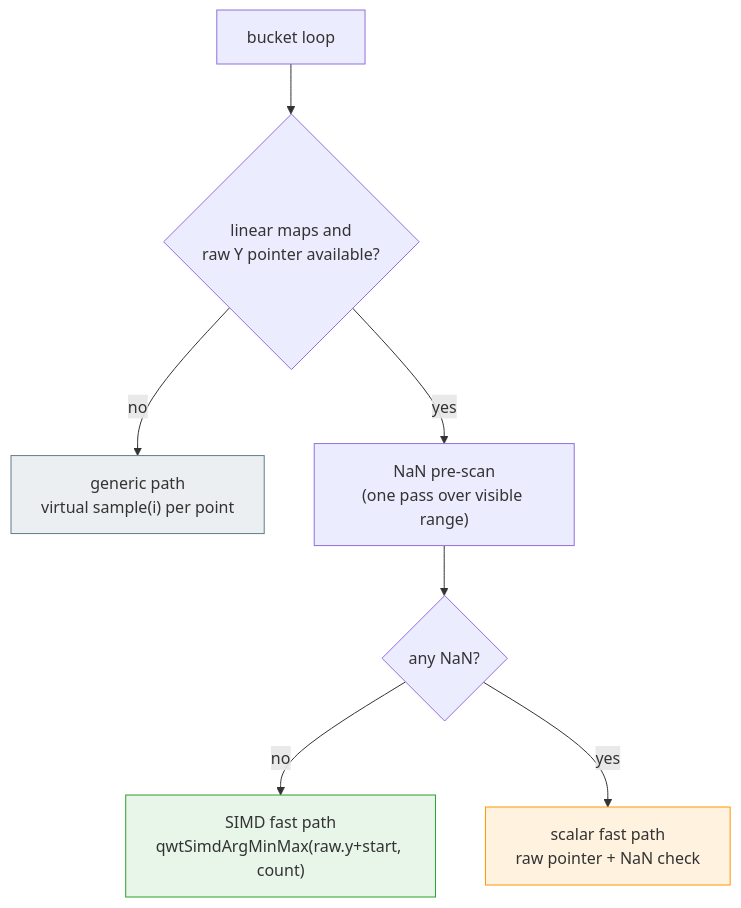
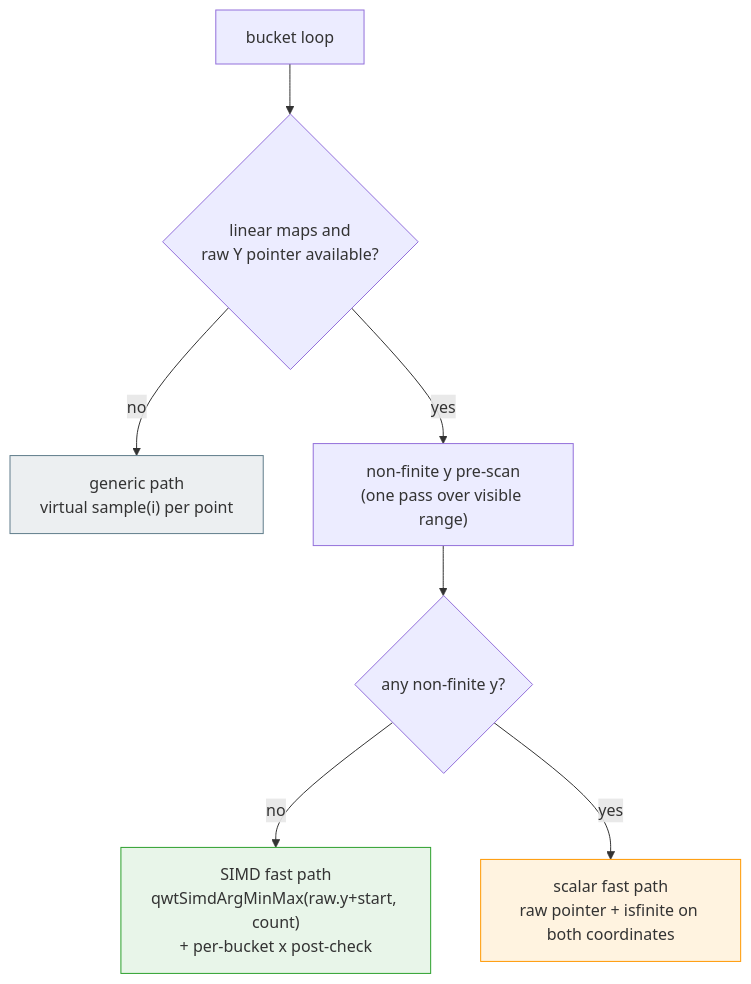
One commit to czyt1988/QWT changed the second of 3 diagrams in docs/tech-report/curve-downsampling.md. Above: the diagram before and after it, drawn with Mermaid. The commit also changed other lines of this file and 4 other files, not shown here.

````diff
--- a/docs/tech-report/curve-downsampling.md
+++ b/docs/tech-report/curve-downsampling.md
@@ -341,13 +341,13 @@
 ```mermaid
 flowchart TD
     A["bucket loop"] --> B{"linear maps and<br/>raw Y pointer available?"}
     B -->|"no"| C["generic path<br/>virtual sample(i) per point"]
-    B -->|"yes"| D["NaN pre-scan<br/>(one pass over visible range)"]
-    D --> E{"any NaN?"}
-    E -->|"no"| F["SIMD fast path<br/>qwtSimdArgMinMax(raw.y+start, count)"]
-    E -->|"yes"| G["scalar fast path<br/>raw pointer + NaN check"]
+    B -->|"yes"| D["non-finite y pre-scan<br/>(one pass over visible range)"]
+    D --> E{"any non-finite y?"}
+    E -->|"no"| F["SIMD fast path<br/>qwtSimdArgMinMax(raw.y+start, count)<br/>+ per-bucket x post-check"]
+    E -->|"yes"| G["scalar fast path<br/>raw pointer + isfinite on both coordinates"]
 
     style F fill:#e8f5e9,stroke:#2ca02c
     style G fill:#fff3e0,stroke:#ff9800
     style C fill:#eceff1,stroke:#607d8b
 ```
````
